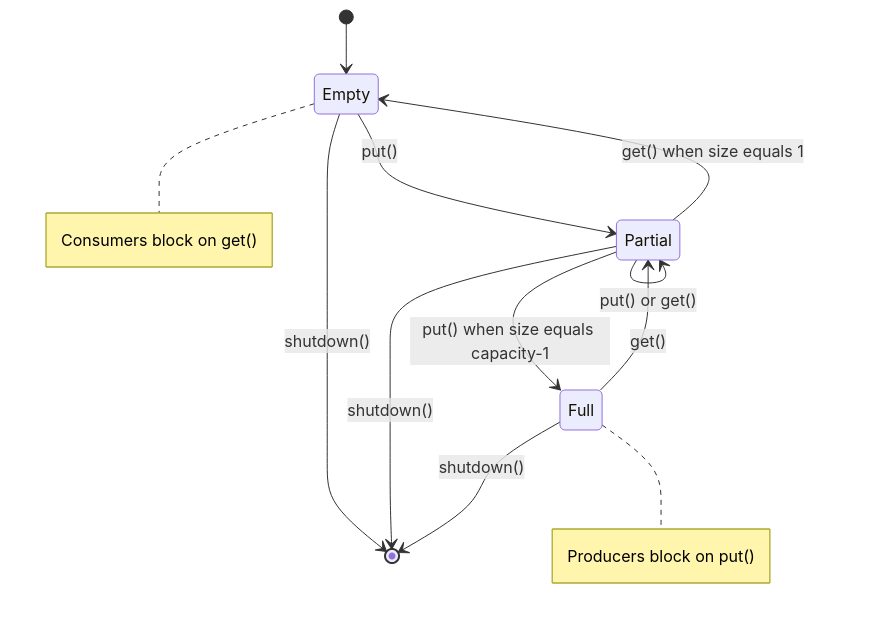
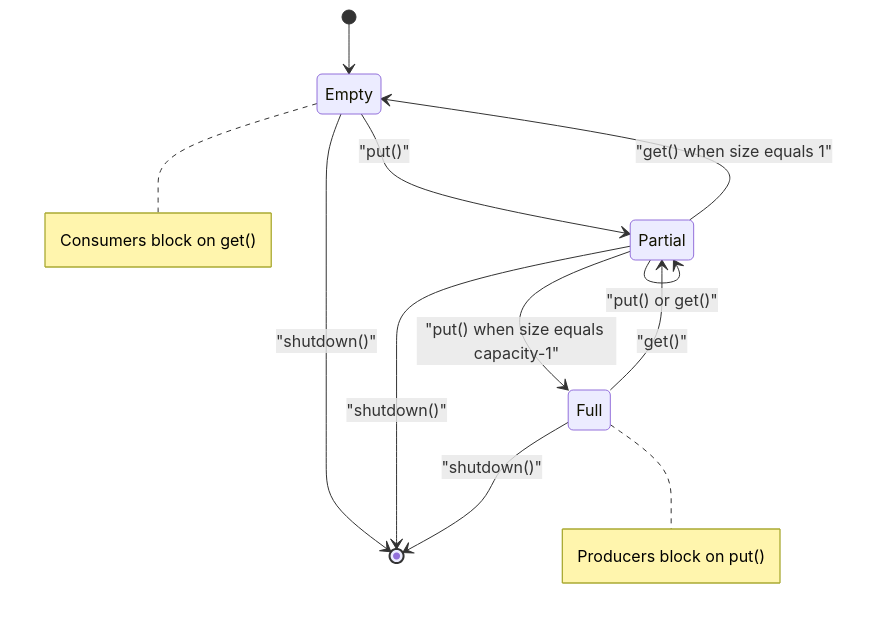
The fourth of 13 diagrams in day_1/problem_3_producer_consumer/README.md (mythxn/dojo.py), drawn with Mermaid before and after one commit. The commit also changed other lines of this file, not shown here.

First line of the commit message:
Fix Mermaid syntax errors in producer-consumer README

````diff
--- a/day_1/problem_3_producer_consumer/README.md
+++ b/day_1/problem_3_producer_consumer/README.md
@@ -84,20 +84,20 @@
 ```mermaid
 stateDiagram-v2
     [*] --> Empty
-    Empty --> Partial : put()
-    Partial --> Full : put() when size equals capacity-1
-    Full --> Partial : get()
-    Partial --> Empty : get() when size equals 1
-    Partial --> Partial : put() or get()
+    Empty --> Partial : "put()"
+    Partial --> Full : "put() when size equals capacity-1"
+    Full --> Partial : "get()"
+    Partial --> Empty : "get() when size equals 1"
+    Partial --> Partial : "put() or get()"
     
-    Empty --> [*] : shutdown()
-    Partial --> [*] : shutdown()
-    Full --> [*] : shutdown()
+    Empty --> [*] : "shutdown()"
+    Partial --> [*] : "shutdown()"
+    Full --> [*] : "shutdown()"
     
     note right of Empty
         Consumers block on get()
     end note
     note right of Full
         Producers block on put()
     end note
 ```
````
